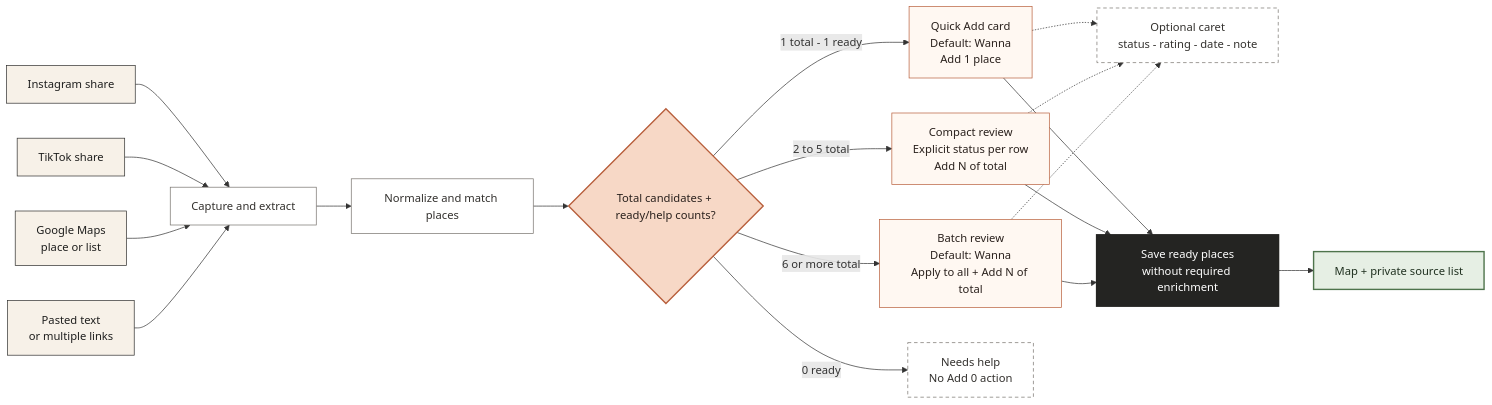
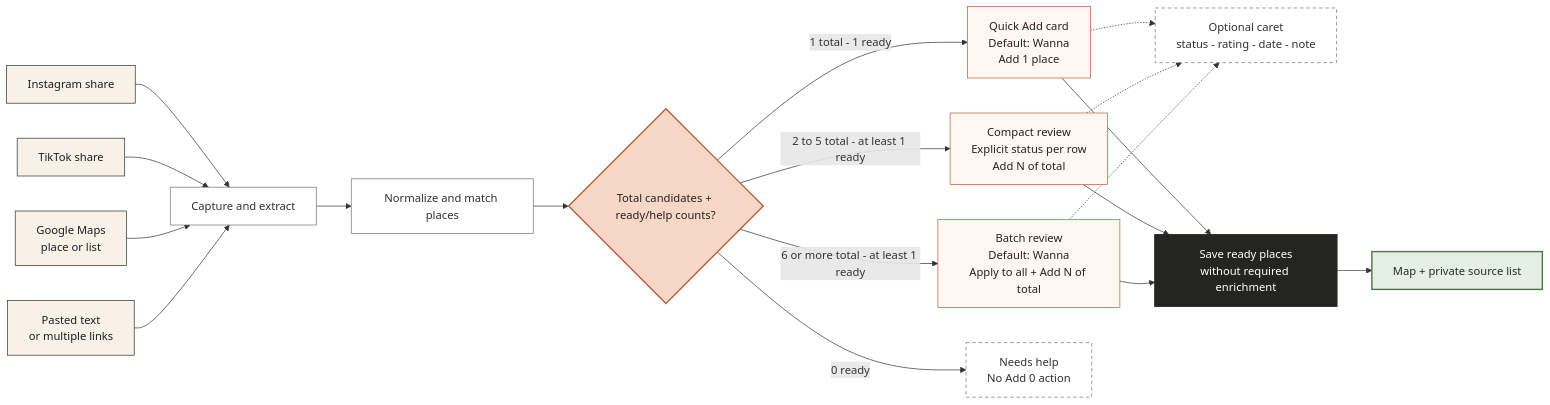
The diagram in diagrams/rec-212-adaptive-import-routing.mmd (joelipshutz/wander), drawn with Mermaid before and after one commit. The commit also changed 2 other files, not shown here.

```diff
--- a/diagrams/rec-212-adaptive-import-routing.mmd
+++ b/diagrams/rec-212-adaptive-import-routing.mmd
@@ -1,38 +1,38 @@
 graph LR
   IG["Instagram share"] --> CAPTURE
   TT["TikTok share"] --> CAPTURE
   GM["Google Maps<br/>place or list"] --> CAPTURE
   TEXT["Pasted text<br/>or multiple links"] --> CAPTURE
 
   CAPTURE["Capture and extract"] --> MATCH["Normalize and match places"]
   MATCH --> COUNT{"Total candidates + ready/help counts?"}
 
   COUNT -->|"1 total - 1 ready"| QUICK["Quick Add card<br/>Default: Wanna<br/>Add 1 place"]
-  COUNT -->|"2 to 5 total"| COMPACT["Compact review<br/>Explicit status per row<br/>Add N of total"]
-  COUNT -->|"6 or more total"| BATCH["Batch review<br/>Default: Wanna<br/>Apply to all + Add N of total"]
+  COUNT -->|"2 to 5 total - at least 1 ready"| COMPACT["Compact review<br/>Explicit status per row<br/>Add N of total"]
+  COUNT -->|"6 or more total - at least 1 ready"| BATCH["Batch review<br/>Default: Wanna<br/>Apply to all + Add N of total"]
   COUNT -->|"0 ready"| HELP["Needs help<br/>No Add 0 action"]
 
   QUICK -.-> DETAIL["Optional caret<br/>status - rating - date - note"]
   COMPACT -.-> DETAIL
   BATCH -.-> DETAIL
 
   QUICK --> SAVE["Save ready places<br/>without required enrichment"]
   COMPACT --> SAVE
   BATCH --> SAVE
   SAVE --> DEST["Map + private source list"]
 
   classDef source fill:#F7F1E8,stroke:#30302E,color:#1F1F1E,stroke-width:1px;
   classDef system fill:#FFFFFF,stroke:#77736D,color:#33312E,stroke-width:1px;
   classDef choice fill:#F7D8C6,stroke:#B85F3C,color:#2A211D,stroke-width:2px;
   classDef surface fill:#FFF8F2,stroke:#B85F3C,color:#2A211D,stroke-width:1px;
   classDef action fill:#242422,stroke:#242422,color:#FFFFFF,stroke-width:2px;
   classDef optional fill:#FFFFFF,stroke:#77736D,color:#33312E,stroke-width:1px,stroke-dasharray:5 4;
   classDef success fill:#E6EFE4,stroke:#4E744C,color:#203120,stroke-width:2px;
 
   class IG,TT,GM,TEXT source;
   class CAPTURE,MATCH system;
   class COUNT choice;
   class QUICK,COMPACT,BATCH surface;
   class DETAIL,HELP optional;
   class SAVE action;
   class DEST success;
```
